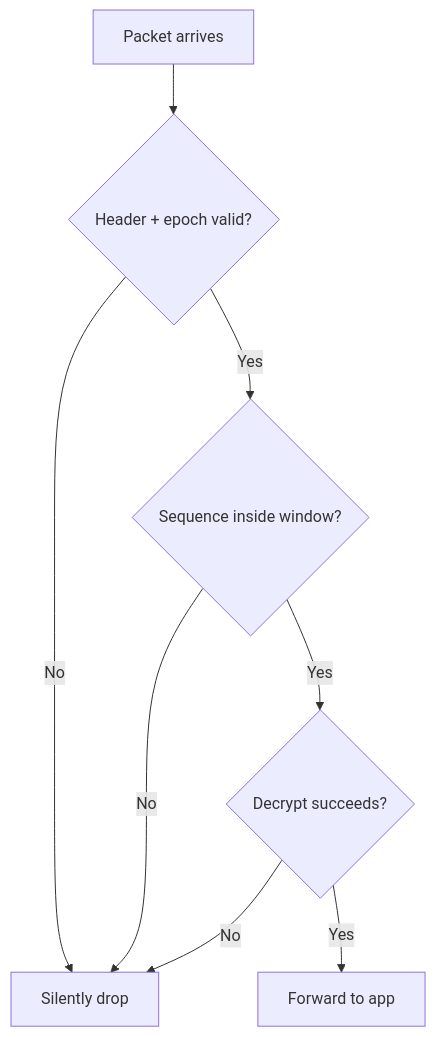
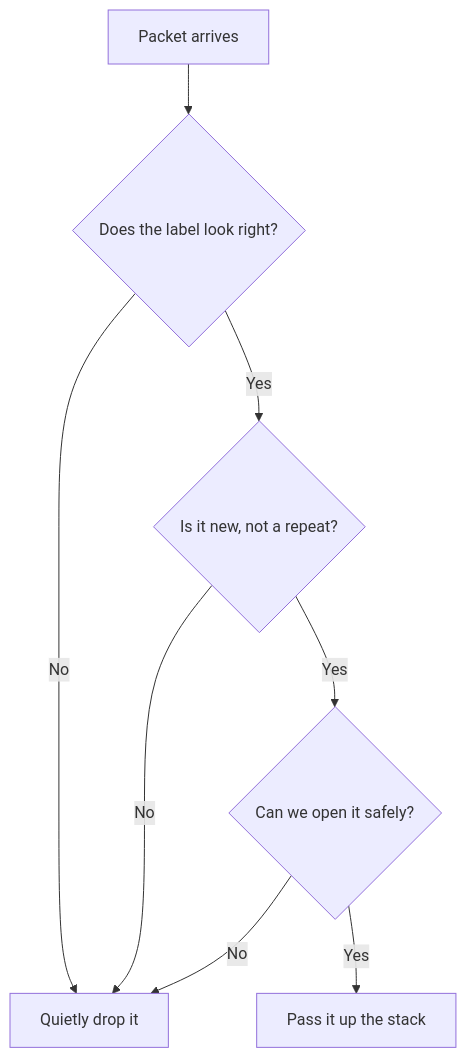
The eighth of 16 diagrams in diagrames.md (Kamalbura/research), drawn with Mermaid before and after one commit. The commit also changed other lines of this file, not shown here.

````diff
--- a/diagrames.md
+++ b/diagrames.md
@@ -160,17 +258,17 @@
 ```mermaid
 flowchart TD
     Start[Packet arrives]
-    Header{Header + epoch valid?}
-    Window{Sequence inside window?}
-    Decrypt{Decrypt succeeds?}
-    Forward[Forward to app]
-    Drop[Silently drop]
+    Header{Does the label look right?}
+    Window{Is it new, not a repeat?}
+    Decrypt{Can we open it safely?}
+    Forward[Pass it up the stack]
+    Drop[Quietly drop it]
 
     Start --> Header
     Header -- No --> Drop
     Header -- Yes --> Window
     Window -- No --> Drop
     Window -- Yes --> Decrypt
     Decrypt -- No --> Drop
     Decrypt -- Yes --> Forward
 ```
````
